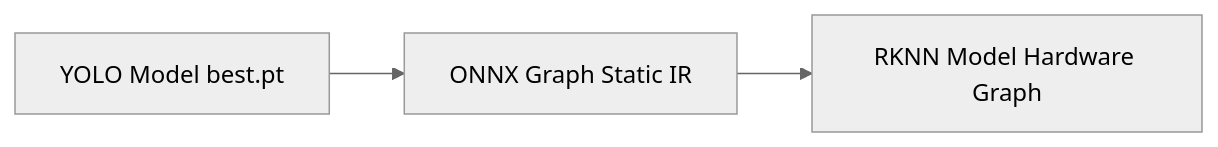
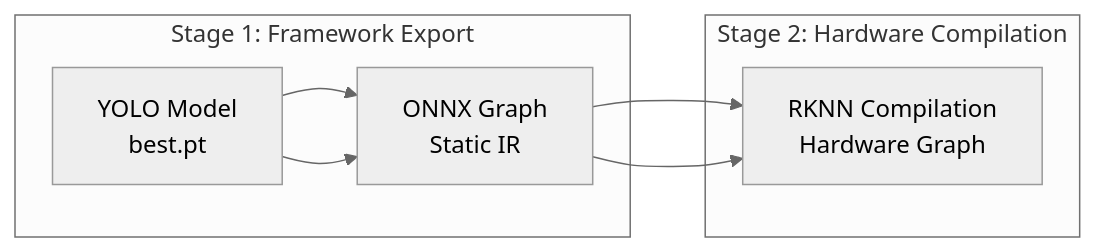
Before and after one commit to InvictusRex/SentinelBlue: the first of 3 diagrams in Documentation/Quantization Strategy.md, drawn with Mermaid (neutral theme). The commit also changed other lines of this file, not shown here.

````diff
--- a/Documentation/Quantization Strategy.md
+++ b/Documentation/Quantization Strategy.md
@@ -18,5 +19,13 @@
 ```mermaid
 flowchart LR
-    A[YOLO Model best.pt] --> B[ONNX Graph Static IR]
-    B --> C[RKNN Model Hardware Graph]
+    A[YOLO Model<br>best.pt] --> B[ONNX Graph<br>Static IR]
+    B --> C[RKNN Compilation<br>Hardware Graph]
+
+    subgraph Stage 1: Framework Export
+        A --> B
+    end
+
+    subgraph Stage 2: Hardware Compilation
+        B --> C
+    end
 ```
````
